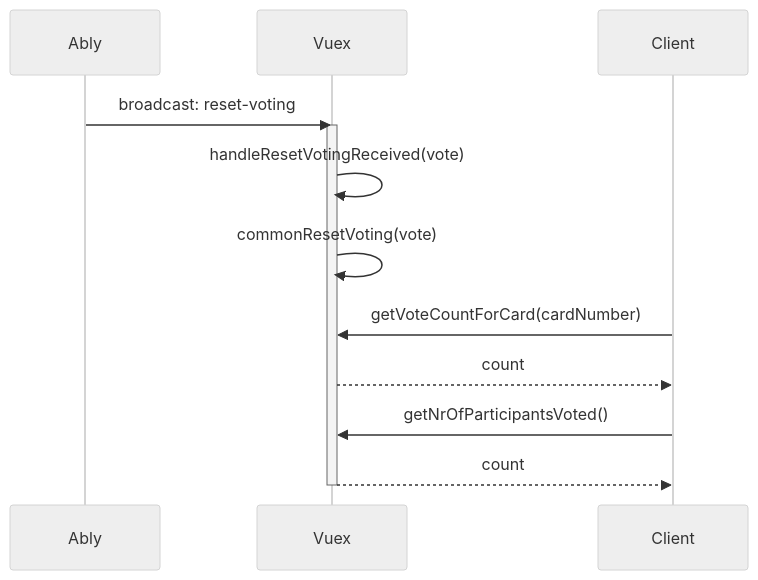
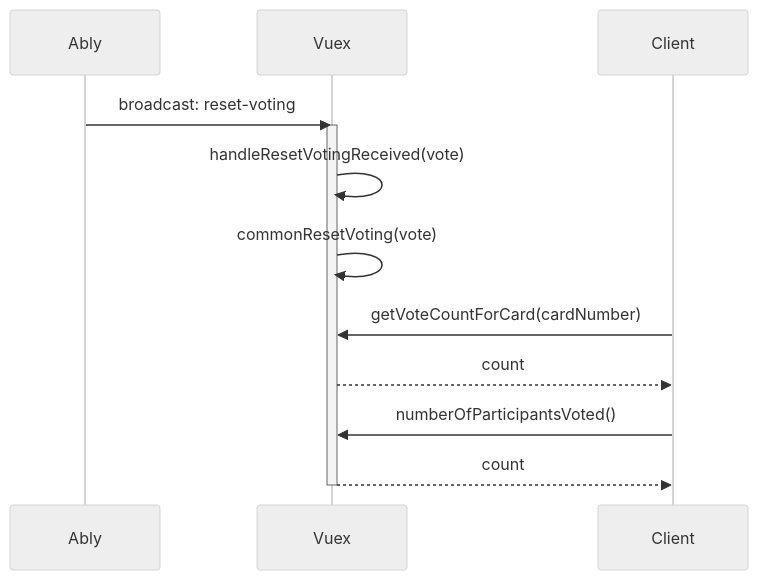
Before and after one commit to ably-labs/agile-flush-vue-app: the diagram in diagrams/handle-reset-voting-received.mmd, drawn with Mermaid (neutral theme). The commit also changed 18 other files, not shown here.

```diff
--- a/diagrams/handle-reset-voting-received.mmd
+++ b/diagrams/handle-reset-voting-received.mmd
@@ -1,11 +1,11 @@
 sequenceDiagram
     Ably->>Vuex: broadcast: reset-voting
     activate Vuex
     Vuex->>Vuex: handleResetVotingReceived(vote)
     Vuex->>Vuex: commonResetVoting(vote)
     Client->>Vuex: getVoteCountForCard(cardNumber)
     Vuex-->>Client: count
-    Client->>Vuex: getNrOfParticipantsVoted()
+    Client->>Vuex: numberOfParticipantsVoted()
     Vuex-->>Client: count
     
     deactivate Vuex
```
